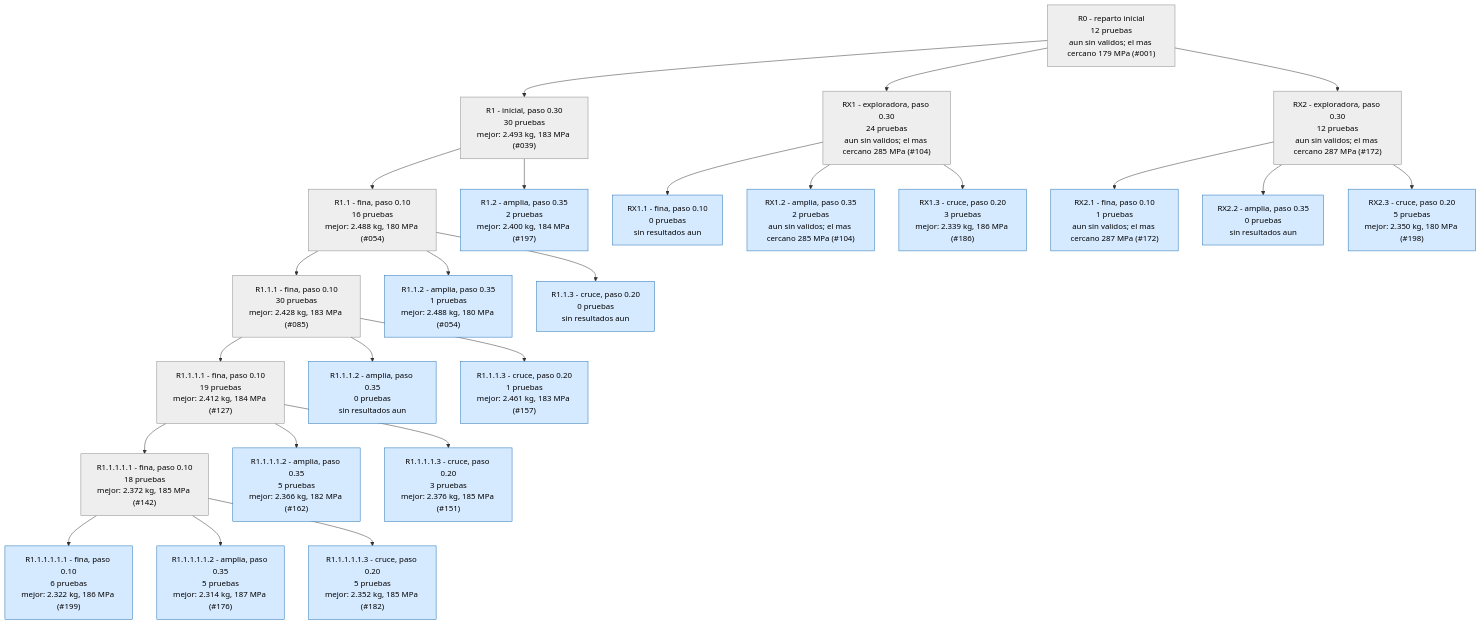
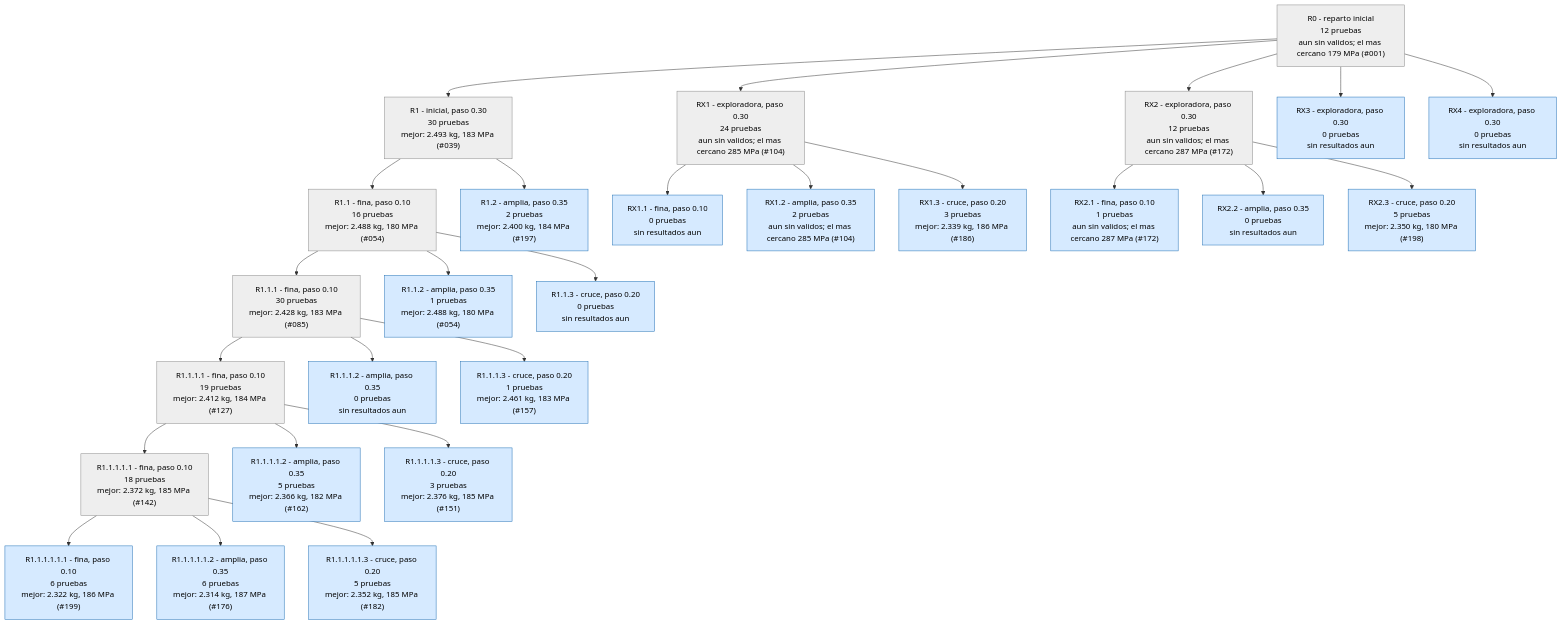
Before and after one commit to Hugiko/msd-soporte-optimizacion: the second of 4 diagrams in runs/opt_37800N/ARBOL.md, drawn with Mermaid. The commit also changed 22 other files, not shown here.

````diff
--- a/runs/opt_37800N/ARBOL.md
+++ b/runs/opt_37800N/ARBOL.md
@@ -45,53 +45,57 @@
 ```mermaid
 graph TD
 classDef activa fill:#d6eaff,stroke:#1f6fb5,color:#000
 classDef fin fill:#eeeeee,stroke:#888,color:#000
 classDef mejor fill:#c8f0c0,stroke:#1a9850,stroke-width:4px,color:#000
 R0["R0 - reparto inicial<br/>12 pruebas<br/>aun sin validos; el mas cercano 179 MPa (#001)"]:::fin
 R1["R1 - inicial, paso 0.30<br/>30 pruebas<br/>mejor: 2.493 kg, 183 MPa (#039)"]:::fin
 R0 --> R1
 R1_1["R1.1 - fina, paso 0.10<br/>16 pruebas<br/>mejor: 2.488 kg, 180 MPa (#054)"]:::fin
 R1 --> R1_1
 R1_2["R1.2 - amplia, paso 0.35<br/>2 pruebas<br/>mejor: 2.400 kg, 184 MPa (#197)"]:::activa
 R1 --> R1_2
 R1_1_1["R1.1.1 - fina, paso 0.10<br/>30 pruebas<br/>mejor: 2.428 kg, 183 MPa (#085)"]:::fin
 R1_1 --> R1_1_1
 R1_1_2["R1.1.2 - amplia, paso 0.35<br/>1 pruebas<br/>mejor: 2.488 kg, 180 MPa (#054)"]:::activa
 R1_1 --> R1_1_2
 R1_1_3["R1.1.3 - cruce, paso 0.20<br/>0 pruebas<br/>sin resultados aun"]:::activa
 R1_1 --> R1_1_3
 R1_1_1_1["R1.1.1.1 - fina, paso 0.10<br/>19 pruebas<br/>mejor: 2.412 kg, 184 MPa (#127)"]:::fin
 R1_1_1 --> R1_1_1_1
 R1_1_1_2["R1.1.1.2 - amplia, paso 0.35<br/>0 pruebas<br/>sin resultados aun"]:::activa
 R1_1_1 --> R1_1_1_2
 R1_1_1_3["R1.1.1.3 - cruce, paso 0.20<br/>1 pruebas<br/>mejor: 2.461 kg, 183 MPa (#157)"]:::activa
 R1_1_1 --> R1_1_1_3
 RX1["RX1 - exploradora, paso 0.30<br/>24 pruebas<br/>aun sin validos; el mas cercano 285 MPa (#104)"]:::fin
 R0 --> RX1
 RX1_1["RX1.1 - fina, paso 0.10<br/>0 pruebas<br/>sin resultados aun"]:::activa
 RX1 --> RX1_1
 RX1_2["RX1.2 - amplia, paso 0.35<br/>2 pruebas<br/>aun sin validos; el mas cercano 285 MPa (#104)"]:::activa
 RX1 --> RX1_2
 RX1_3["RX1.3 - cruce, paso 0.20<br/>3 pruebas<br/>mejor: 2.339 kg, 186 MPa (#186)"]:::activa
 RX1 --> RX1_3
 R1_1_1_1_1["R1.1.1.1.1 - fina, paso 0.10<br/>18 pruebas<br/>mejor: 2.372 kg, 185 MPa (#142)"]:::fin
 R1_1_1_1 --> R1_1_1_1_1
 R1_1_1_1_2["R1.1.1.1.2 - amplia, paso 0.35<br/>5 pruebas<br/>mejor: 2.366 kg, 182 MPa (#162)"]:::activa
 R1_1_1_1 --> R1_1_1_1_2
 R1_1_1_1_3["R1.1.1.1.3 - cruce, paso 0.20<br/>3 pruebas<br/>mejor: 2.376 kg, 185 MPa (#151)"]:::activa
 R1_1_1_1 --> R1_1_1_1_3
 R1_1_1_1_1_1["R1.1.1.1.1.1 - fina, paso 0.10<br/>6 pruebas<br/>mejor: 2.322 kg, 186 MPa (#199)"]:::activa
 R1_1_1_1_1 --> R1_1_1_1_1_1
-R1_1_1_1_1_2["R1.1.1.1.1.2 - amplia, paso 0.35<br/>5 pruebas<br/>mejor: 2.314 kg, 187 MPa (#176)"]:::activa
+R1_1_1_1_1_2["R1.1.1.1.1.2 - amplia, paso 0.35<br/>6 pruebas<br/>mejor: 2.314 kg, 187 MPa (#176)"]:::activa
 R1_1_1_1_1 --> R1_1_1_1_1_2
 R1_1_1_1_1_3["R1.1.1.1.1.3 - cruce, paso 0.20<br/>5 pruebas<br/>mejor: 2.352 kg, 185 MPa (#182)"]:::activa
 R1_1_1_1_1 --> R1_1_1_1_1_3
 RX2["RX2 - exploradora, paso 0.30<br/>12 pruebas<br/>aun sin validos; el mas cercano 287 MPa (#172)"]:::fin
 R0 --> RX2
 RX2_1["RX2.1 - fina, paso 0.10<br/>1 pruebas<br/>aun sin validos; el mas cercano 287 MPa (#172)"]:::activa
 RX2 --> RX2_1
 RX2_2["RX2.2 - amplia, paso 0.35<br/>0 pruebas<br/>sin resultados aun"]:::activa
 RX2 --> RX2_2
 RX2_3["RX2.3 - cruce, paso 0.20<br/>5 pruebas<br/>mejor: 2.350 kg, 180 MPa (#198)"]:::activa
 RX2 --> RX2_3
+RX3["RX3 - exploradora, paso 0.30<br/>0 pruebas<br/>sin resultados aun"]:::activa
+R0 --> RX3
+RX4["RX4 - exploradora, paso 0.30<br/>0 pruebas<br/>sin resultados aun"]:::activa
+R0 --> RX4
 ```
````
